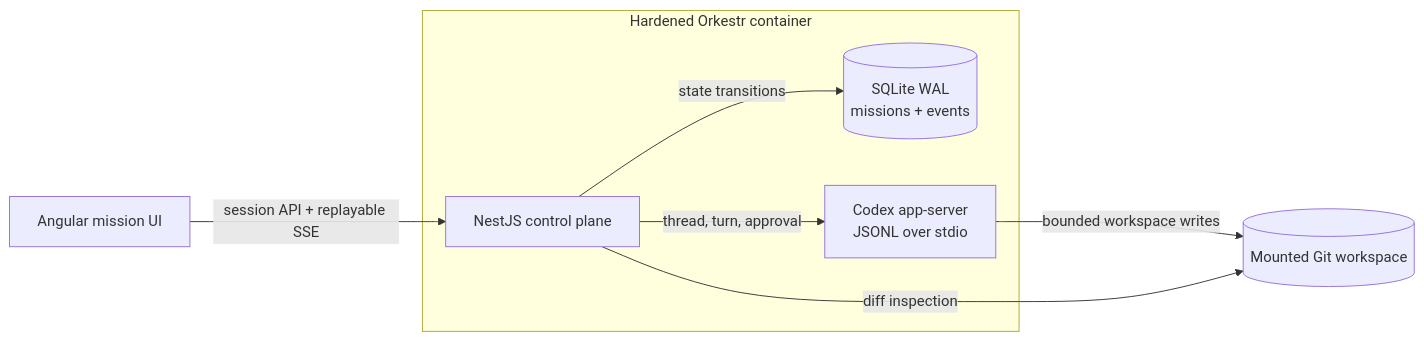
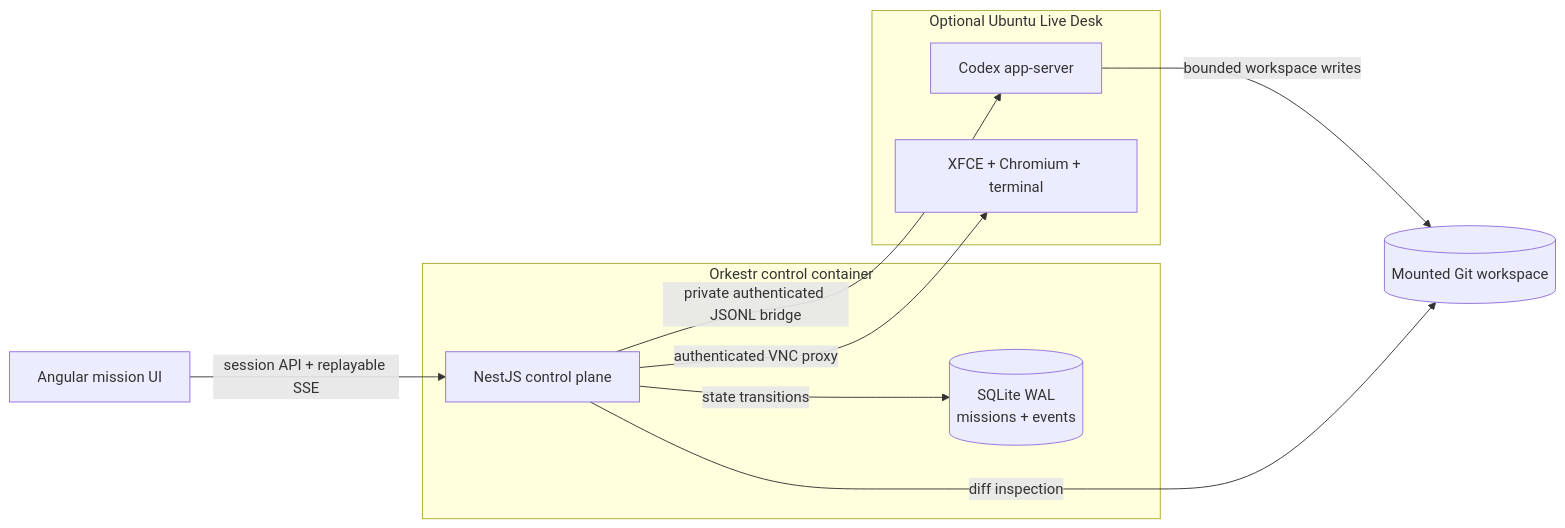
One commit to otcan/orkestr-lite changed the diagram in README.md. Above: the diagram before and after it, drawn with Mermaid. The commit also changed other lines of this file and 70 other files, not shown here.

````diff
--- a/README.md
+++ b/README.md
@@ -69,18 +93,23 @@
 ```mermaid
 flowchart LR
     Browser[Angular mission UI]
 
-    subgraph Container[Hardened Orkestr container]
+    subgraph Control[Orkestr control container]
         API[NestJS control plane]
         DB[(SQLite WAL<br/>missions + events)]
-        Codex[Codex app-server<br/>JSONL over stdio]
+    end
+
+    subgraph Desk[Optional Ubuntu Live Desk]
+        Codex[Codex app-server]
+        Desktop[XFCE + Chromium + terminal]
     end
 
     Workspace[(Mounted Git workspace)]
 
     Browser -->|session API + replayable SSE| API
     API -->|state transitions| DB
-    API -->|thread, turn, approval| Codex
+    API -->|private authenticated JSONL bridge| Codex
+    API -->|authenticated VNC proxy| Desktop
     Codex -->|bounded workspace writes| Workspace
     API -->|diff inspection| Workspace
 ```
````
